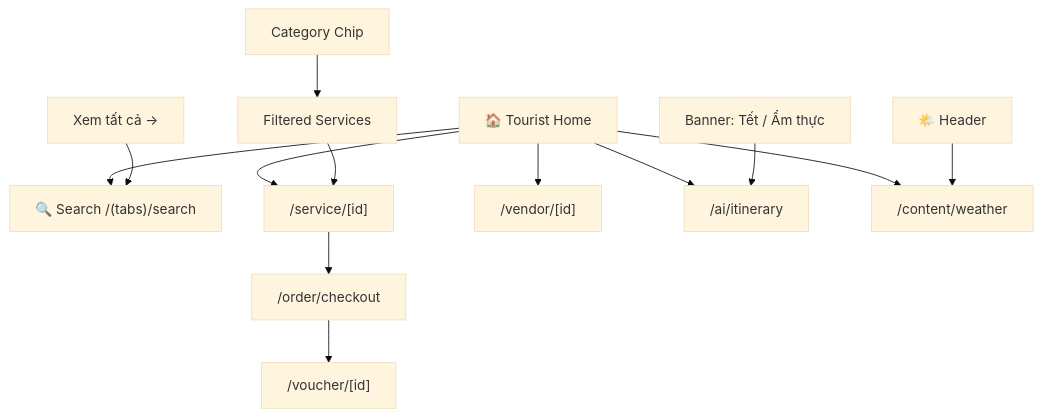
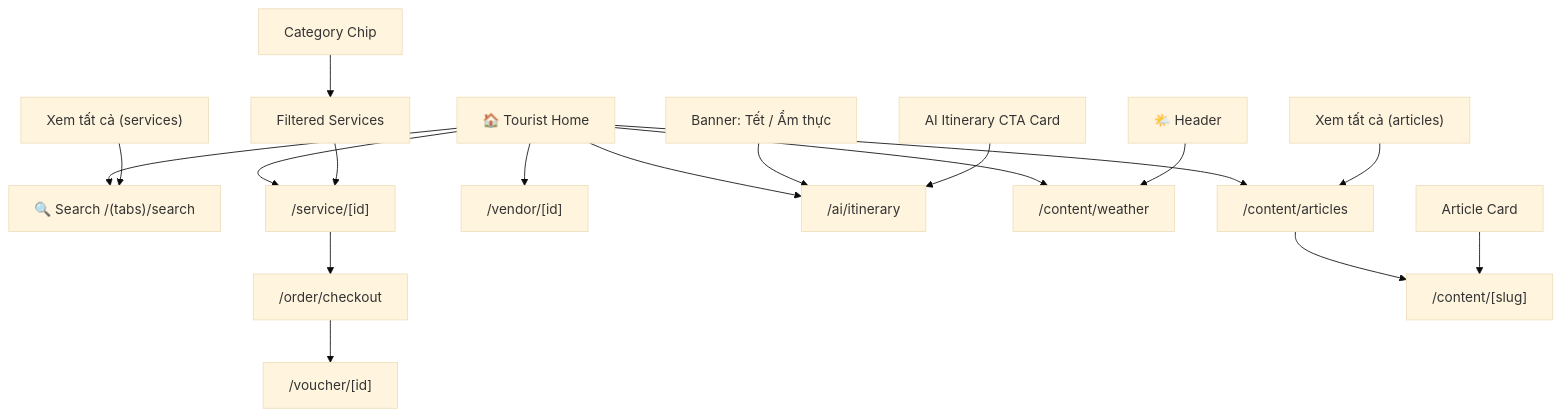
The diagram in .haki/screens/tourist-home.md (tungpsit/s-loco), drawn with Mermaid (base theme) before and after one commit. The commit also changed other lines of this file and 1 other file, not shown here.

Commit message:
feat(mobile): add AI CTA and articles section to home screen

````diff
--- a/.haki/screens/tourist-home.md
+++ b/.haki/screens/tourist-home.md
@@ -81,24 +95,31 @@
 ```mermaid
 flowchart TD
     Home["🏠 Tourist Home"]
     Search["🔍 Search /(tabs)/search"]
     ServiceDetail["/service/[id]"]
     VendorDetail["/vendor/[id]"]
     Checkout["/order/checkout"]
     AIItinerary["/ai/itinerary"]
     Weather["/content/weather"]
+    Articles["/content/articles"]
+    ArticleDetail["/content/[slug]"]
 
     Home --> Search
     Home --> ServiceDetail
     Home --> VendorDetail
     Home --> AIItinerary
     Home --> Weather
+    Home --> Articles
+    Articles --> ArticleDetail
     ServiceDetail --> Checkout
     Checkout --> Voucher["/voucher/[id]"]
 
     Banner["Banner: Tết / Ẩm thực"] --> AIItinerary
+    AICta["AI Itinerary CTA Card"] --> AIItinerary
     CategoryChip["Category Chip"] --> Filtered["Filtered Services"]
     Filtered --> ServiceDetail
-    SeeAll["Xem tất cả →"] --> Search
+    SeeAllServices["Xem tất cả (services)"] --> Search
+    SeeAllArticles["Xem tất cả (articles)"] --> Articles
     WeatherIcon["🌤️ Header"] --> Weather
+    ArticleCard["Article Card"] --> ArticleDetail
 ```
````
